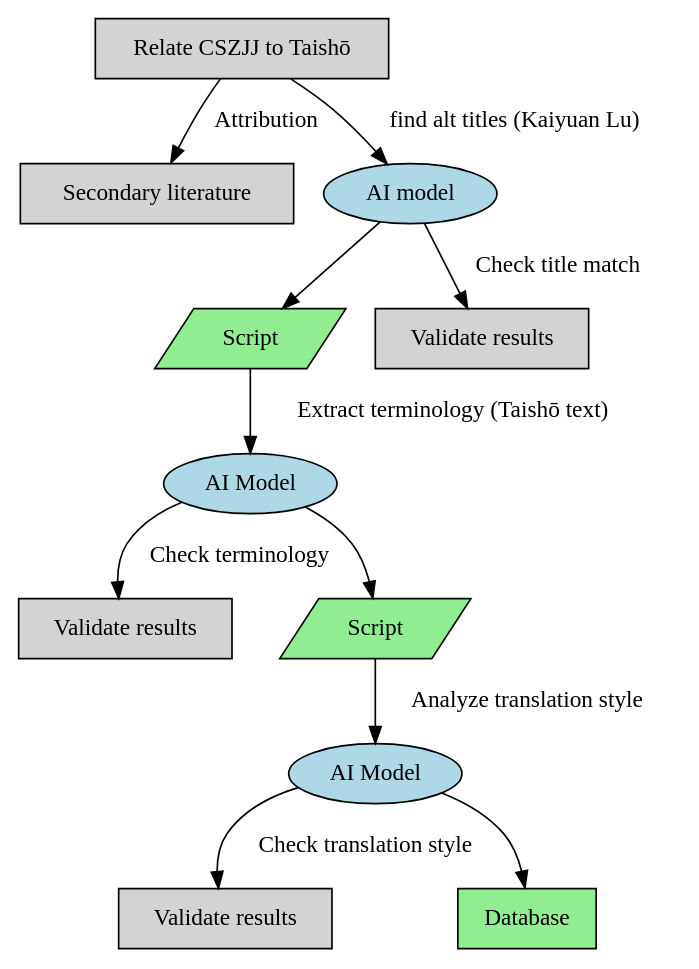
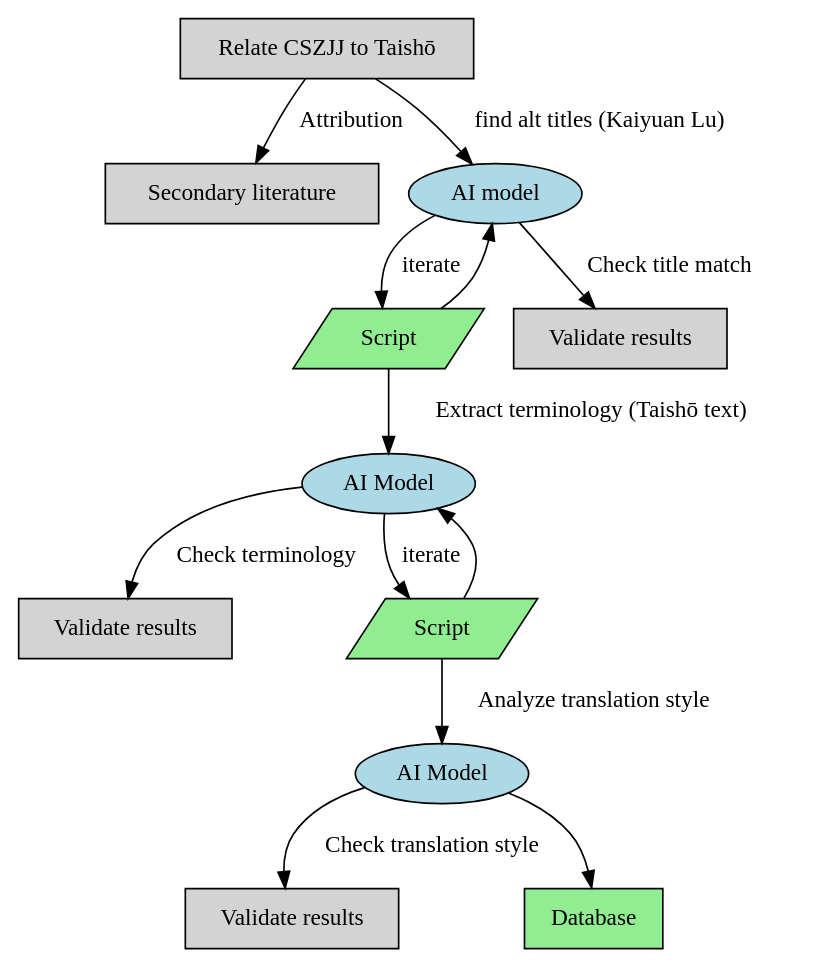
Before and after one commit to Silk-Road-Corpus/silk_road_corpus: the diagram in drawings/big_picture.dot, drawn with Graphviz. The commit also changed 2 other files, not shown here.

```diff
--- a/drawings/big_picture.dot
+++ b/drawings/big_picture.dot
@@ -1,25 +1,27 @@
 digraph D {
 
   Relate [shape=box, fillcolor=lightgrey, style=filled, label="Relate CSZJJ to Taishō"]
   Literature [shape=box, fillcolor=lightgrey, style=filled, label="Secondary literature"]
   Gemini [fillcolor=lightblue, style=filled, label="AI model"]
   Script [shape=parallelogram, fillcolor=lightgreen, style=filled, label="Script"]
   Validation [shape=box, fillcolor=lightgrey, style=filled, label="Validate results"]
   Gemini2 [fillcolor=lightblue, style=filled, label="AI Model"]
   Validation2 [shape=box, fillcolor=lightgrey, style=filled, label="Validate results"]
   Script2 [shape=parallelogram, fillcolor=lightgreen, style=filled, label="Script"]
   Gemini3 [fillcolor=lightblue, style=filled, label="AI Model"]
   Validation3 [shape=box, fillcolor=lightgrey, style=filled, label="Validate results"]
   Database [shape=box, fillcolor=lightgreen, style=filled, label="Database"]
 
   Relate -> Gemini [label="find alt titles (Kaiyuan Lu)"]
   Relate -> Literature [label="Attribution"]
   Gemini -> Validation [label="Check title match"]
-  Gemini -> Script
+  Gemini -> Script [label="iterate"]
+  Script -> Gemini
   Script -> Gemini2 [label=" Extract terminology (Taishō text)"]
   Gemini2 -> Validation2 [label="Check terminology"]
-  Gemini2 -> Script2
+  Gemini2 -> Script2 [label="iterate"]
+  Script2 -> Gemini2
   Script2 -> Gemini3 [label=" Analyze translation style"]
   Gemini3 -> Validation3 [label="Check translation style"]
   Gemini3 -> Database
 }
```
